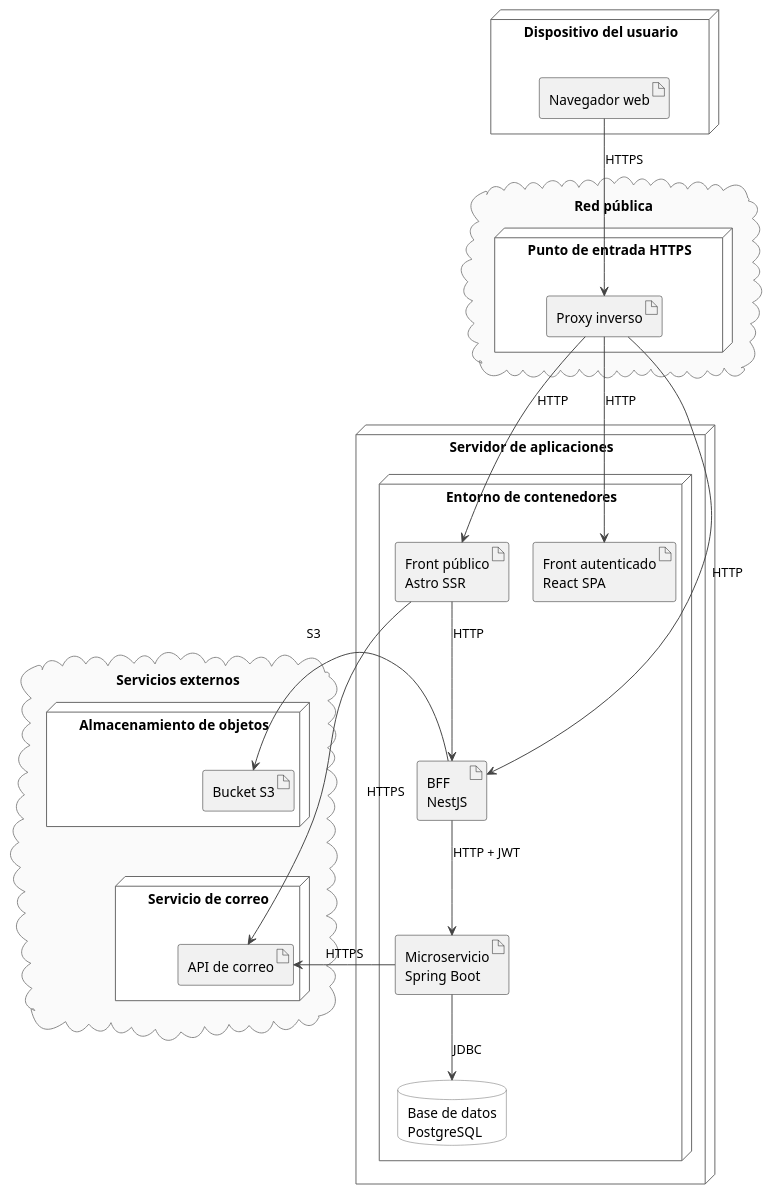
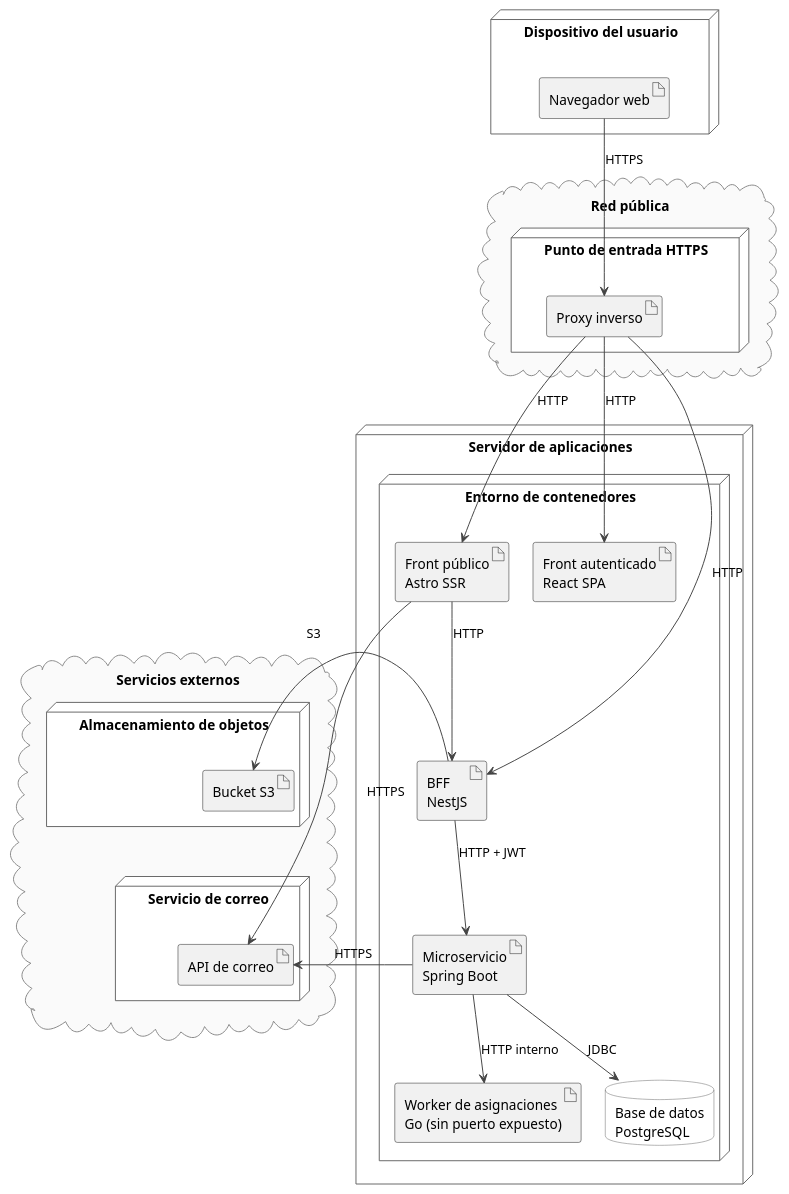
One commit to S21-Projects/hornero_monorepo changed the diagram in docs/tesis/diagramas/despliegue/general.puml. Above: the diagram before and after it, drawn with PlantUML. The commit also changed 13 other files, not shown here.

Commit message:
docs(tesis): update diagrams for delivered features

```diff
--- a/docs/tesis/diagramas/despliegue/general.puml
+++ b/docs/tesis/diagramas/despliegue/general.puml
@@ -1,65 +1,67 @@
 @startuml
 skinparam shadowing false
 skinparam defaultFontName Helvetica
 skinparam nodesep 25
 skinparam ranksep 45
 skinparam ArrowColor #444444
 skinparam node {
   BackgroundColor #FFFFFF
   BorderColor #666666
 }
 skinparam database {
   BackgroundColor #FFFFFF
   BorderColor #666666
 }
 skinparam cloud {
   BackgroundColor #FAFAFA
   BorderColor #888888
 }
 
 node "Dispositivo del usuario" as cliente {
   artifact "Navegador web" as navegador
 }
 
 cloud "Red pública" as internet {
   node "Punto de entrada HTTPS" as entrada {
     artifact "Proxy inverso" as proxy
   }
 }
 
 node "Servidor de aplicaciones" as servidor {
   node "Entorno de contenedores" as contenedores {
     artifact "Front público\nAstro SSR" as astro
     artifact "Front autenticado\nReact SPA" as admin
     artifact "BFF\nNestJS" as bff
     artifact "Microservicio\nSpring Boot" as ms
+    artifact "Worker de asignaciones\nGo (sin puerto expuesto)" as worker
     database "Base de datos\nPostgreSQL" as db
   }
 }
 
 cloud "Servicios externos" as externos {
   node "Almacenamiento de objetos" as almacenamiento {
     artifact "Bucket S3" as bucket
   }
   node "Servicio de correo" as correo {
     artifact "API de correo" as mailer
   }
 }
 
 navegador --> proxy : HTTPS
 
 proxy --> astro : HTTP
 proxy --> admin : HTTP
 proxy --> bff : HTTP
 
 astro --> bff : HTTP
 bff --> ms : HTTP + JWT
 ms --> db : JDBC
+ms --> worker : HTTP interno
 
 bff -right-> bucket : S3
 astro --> mailer : HTTPS
 ms -right-> mailer : HTTPS
 
 bucket -[hidden]down- mailer
 
 @enduml
```
